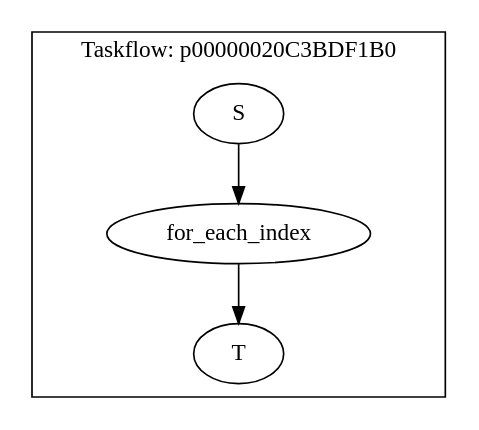
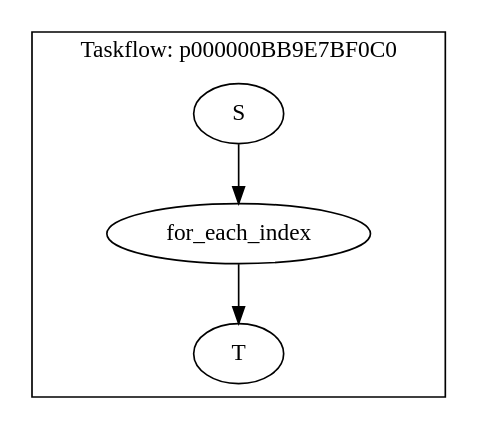
One commit to JoelSereno/3DGraphicsRendering changed the diagram in .cache/taskflow.dot. Above: the diagram before and after it, drawn with Graphviz. The commit also changed 75 other files, not shown here.

```diff
--- a/.cache/taskflow.dot
+++ b/.cache/taskflow.dot
@@ -1,10 +1,10 @@
 digraph Taskflow {
-subgraph cluster_p00000020C3BDF230 {
-label="Taskflow: p00000020C3BDF1B0";
-p0000019ECA8B6390[label="for_each_index" ];
-p0000019ECA8B6390 -> p0000019ECA8CE6C0;
-p0000019ECA8BAA40[label="S" ];
-p0000019ECA8BAA40 -> p0000019ECA8B6390;
-p0000019ECA8CE6C0[label="T" ];
+subgraph cluster_p000000BB9E7BF140 {
+label="Taskflow: p000000BB9E7BF0C0";
+p000002264DDC9AF0[label="for_each_index" ];
+p000002264DDC9AF0 -> p000002264DDC9740;
+p000002264DDC67D0[label="S" ];
+p000002264DDC67D0 -> p000002264DDC9AF0;
+p000002264DDC9740[label="T" ];
 }
 }
```
